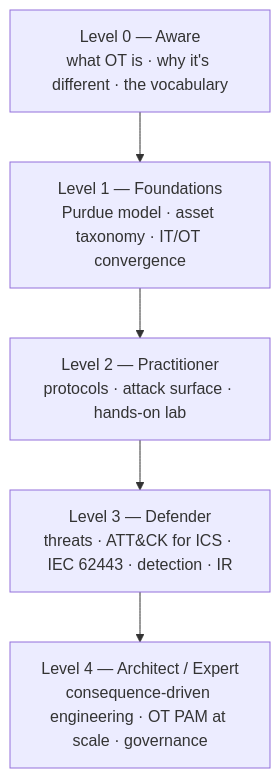
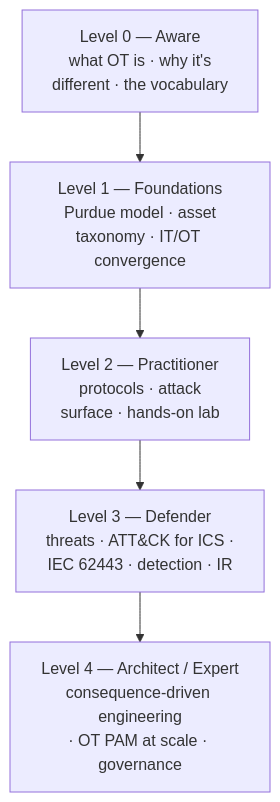
The diagram in certs/ceh/ot-security/README.md (morandeirachema/CyberCerts), drawn with Mermaid before and after one commit. The commit also changed other lines of this file and 106 other files, not shown here.

````diff
--- a/certs/ceh/ot-security/README.md
+++ b/certs/ceh/ot-security/README.md
@@ -32,9 +32,9 @@
 ```mermaid
 flowchart TD
-    L0["Level 0 — Aware<br/>what OT is · why it's different · the vocabulary"]
-    L1["Level 1 — Foundations<br/>Purdue model · asset taxonomy · IT/OT convergence"]
-    L2["Level 2 — Practitioner<br/>protocols · attack surface · hands-on lab"]
-    L3["Level 3 — Defender<br/>threats · ATT&CK for ICS · IEC 62443 · detection · IR"]
-    L4["Level 4 — Architect / Expert<br/>consequence-driven engineering · OT PAM at scale · governance"]
+    L0["Level 0 — Aware<br/>what OT is · why it's<br/>different · the vocabulary"]
+    L1["Level 1 — Foundations<br/>Purdue model · asset<br/>taxonomy · IT/OT convergence"]
+    L2["Level 2 — Practitioner<br/>protocols · attack<br/>surface · hands-on lab"]
+    L3["Level 3 — Defender<br/>threats · ATT&CK for ICS ·<br/>IEC 62443 · detection · IR"]
+    L4["Level 4 — Architect / Expert<br/>consequence-driven engineering<br/>· OT PAM at scale · governance"]
     L0 --> L1 --> L2 --> L3 --> L4
 ```
````
